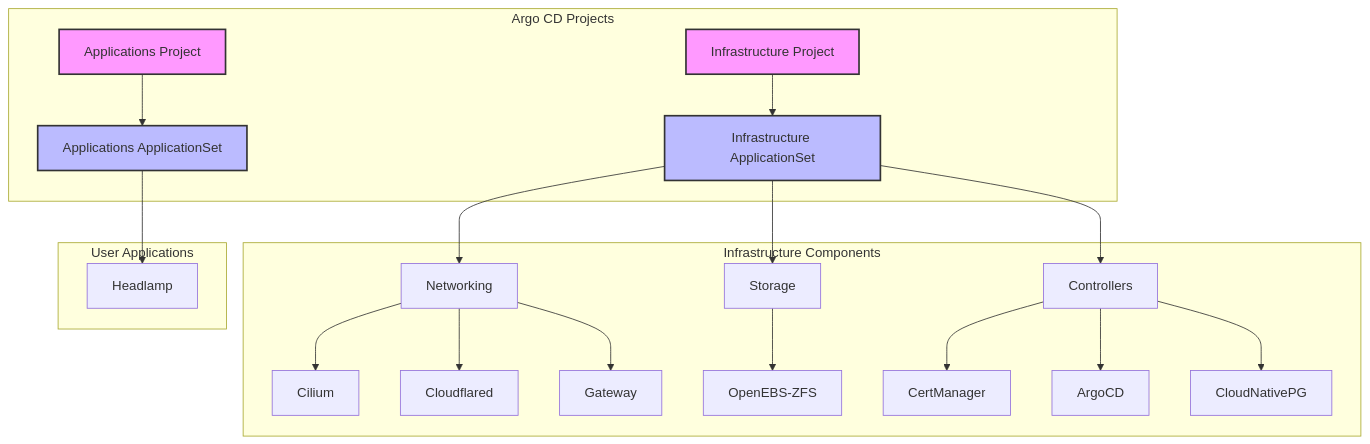
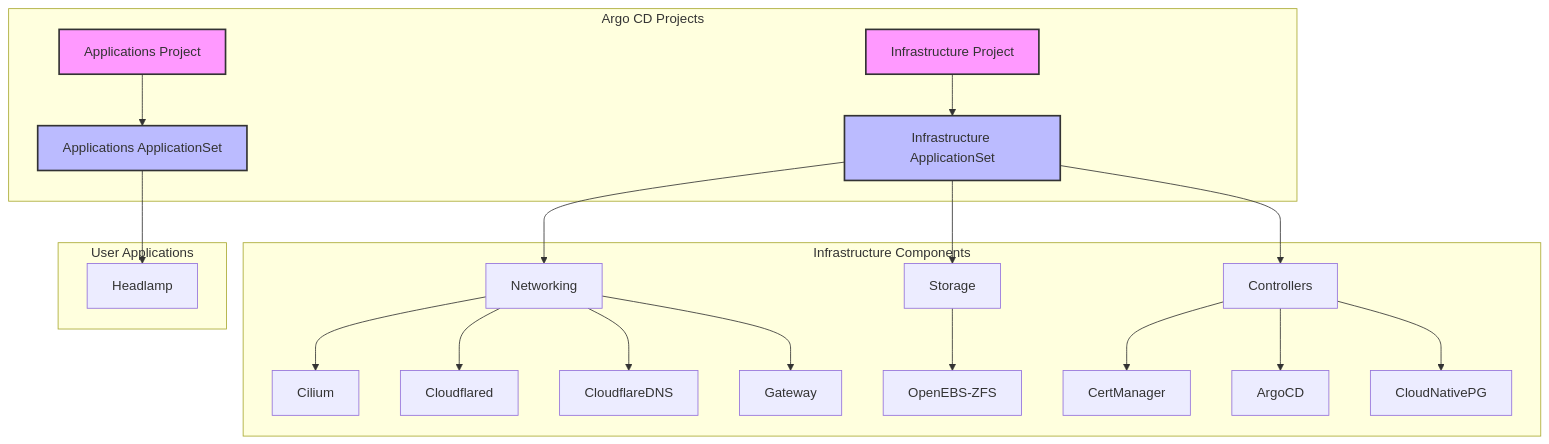
Before and after one commit to meelas24/meelas-cluster: the diagram in README.md, drawn with Mermaid. The commit also changed other lines of this file and 6 other files, not shown here.

First line of the commit message:
Add external-dns with Cloudflare provider for DNS management

````diff
--- a/README.md
+++ b/README.md
@@ -16,32 +16,33 @@
 ```mermaid
 graph TD
     subgraph "Argo CD Projects"
         IP[Infrastructure Project] --> IAS[Infrastructure ApplicationSet]
         AP[Applications Project] --> AAS[Applications ApplicationSet]
     end
     
     subgraph "Infrastructure Components"
         IAS --> N[Networking]
         IAS --> S[Storage]
         IAS --> C[Controllers]
         
         N --> Cilium
         N --> Cloudflared
+        N --> CloudflareDNS
         N --> Gateway
         
         S --> OpenEBS-ZFS
         
         C --> CertManager
         C --> ArgoCD
         C --> CloudNativePG
     end
     
     subgraph "User Applications"
         AAS --> Headlamp
     end
 
     style IP fill:#f9f,stroke:#333,stroke-width:2px
     style AP fill:#f9f,stroke:#333,stroke-width:2px
     style IAS fill:#bbf,stroke:#333,stroke-width:2px
     style AAS fill:#bbf,stroke:#333,stroke-width:2px
 ```
````
